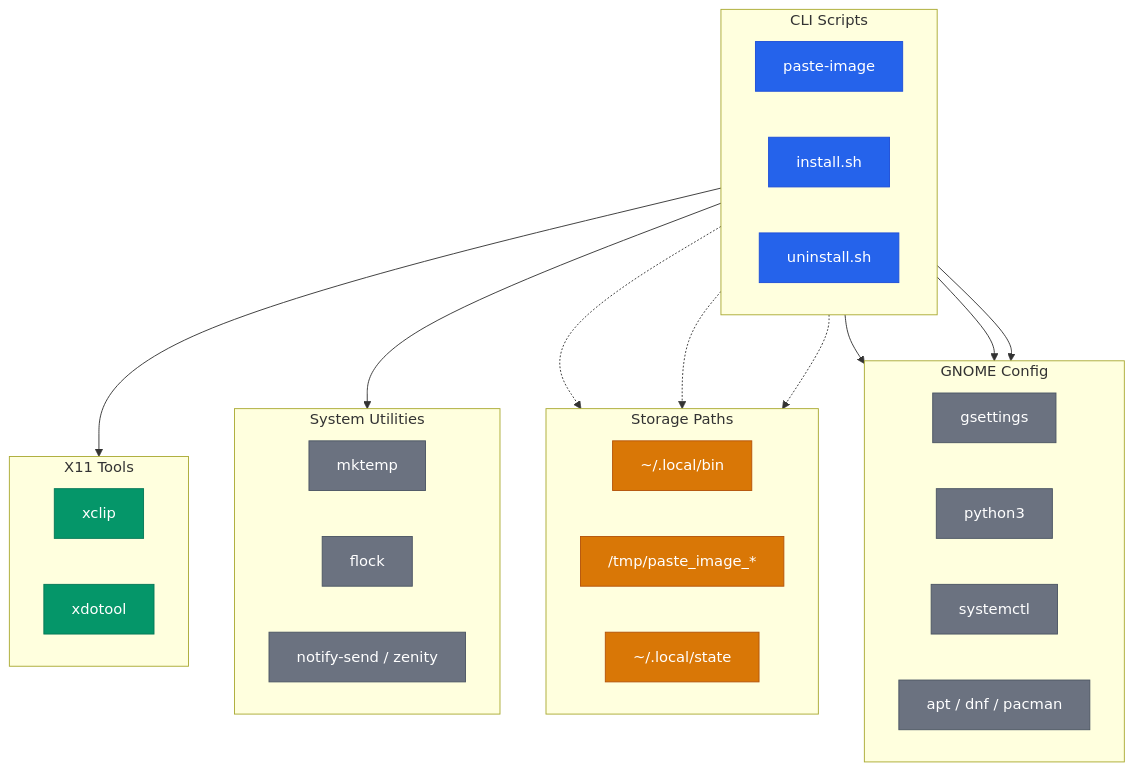
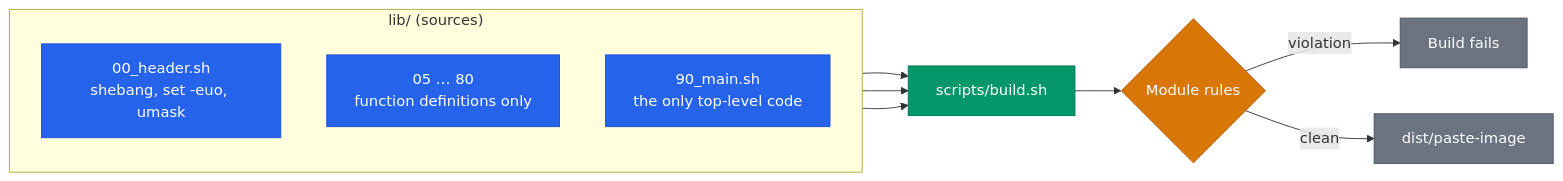
The first of 5 diagrams in docs/ARCHITECTURE.md (AndreaBonn/cli-image-paste), drawn with Mermaid before and after one commit. The commit also changed other lines of this file and 1 other file, not shown here.

First line of the commit message:
docs(architecture): describe the generated build, not the removed monolith

````diff
--- a/docs/ARCHITECTURE.md
+++ b/docs/ARCHITECTURE.md
@@ -11,59 +18,31 @@
 ```mermaid
 %%{init: {'theme': 'default'}}%%
-graph TD
-  subgraph scripts["CLI Scripts"]
-    direction LR
-    paste_image["paste-image"]
-    install["install.sh"]
-    uninstall["uninstall.sh"]
+graph LR
+  subgraph src["lib/ (sources)"]
+    direction TB
+    header["00_header.sh<br/>shebang, set -euo, umask"]
+    modules["05 … 80<br/>function definitions only"]
+    mainmod["90_main.sh<br/>the only top-level code"]
   end
 
-  subgraph x11["X11 Tools"]
-    direction LR
-    xclip["xclip"]
-    xdotool["xdotool"]
-  end
+  build["scripts/build.sh"]
+  gate{"Module rules"}
+  artifact["dist/paste-image"]
 
-  subgraph sys["System Utilities"]
-    direction LR
-    mktemp["mktemp"]
-    flock["flock"]
-    notify["notify-send / zenity"]
-  end
-
-  subgraph gnome_cfg["GNOME Config"]
-    direction LR
-    gsettings["gsettings"]
-    python3["python3"]
-    systemctl["systemctl"]
-    pkg_mgr["apt / dnf / pacman"]
-  end
-
-  subgraph store["Storage Paths"]
-    direction LR
-    local_bin["~/.local/bin"]
-    tmp_dir["/tmp/paste_image_*"]
-    state_dir["~/.local/state"]
-  end
-
-  paste_image --> x11
-  paste_image --> sys
-  paste_image -.-> tmp_dir
-  paste_image -.-> state_dir
-
-  install --> gnome_cfg
-  install -.-> local_bin
-
-  uninstall --> gsettings
-  uninstall --> python3
+  header --> build
+  modules --> build
+  mainmod --> build
+  build --> gate
+  gate -->|"violation"| fail["Build fails"]
+  gate -->|"clean"| artifact
 
   classDef core fill:#2563eb,stroke:#1d4ed8,color:#fff
   classDef data fill:#d97706,stroke:#b45309,color:#fff
   classDef ext fill:#6b7280,stroke:#4b5563,color:#fff
   classDef engine fill:#059669,stroke:#047857,color:#fff
 
-  class paste_image,install,uninstall core
-  class xclip,xdotool engine
-  class mktemp,flock,notify,gsettings,python3,systemctl,pkg_mgr ext
-  class local_bin,tmp_dir,state_dir data
+  class header,modules,mainmod core
+  class gate data
+  class build engine
+  class artifact,fail ext
 ```
````
